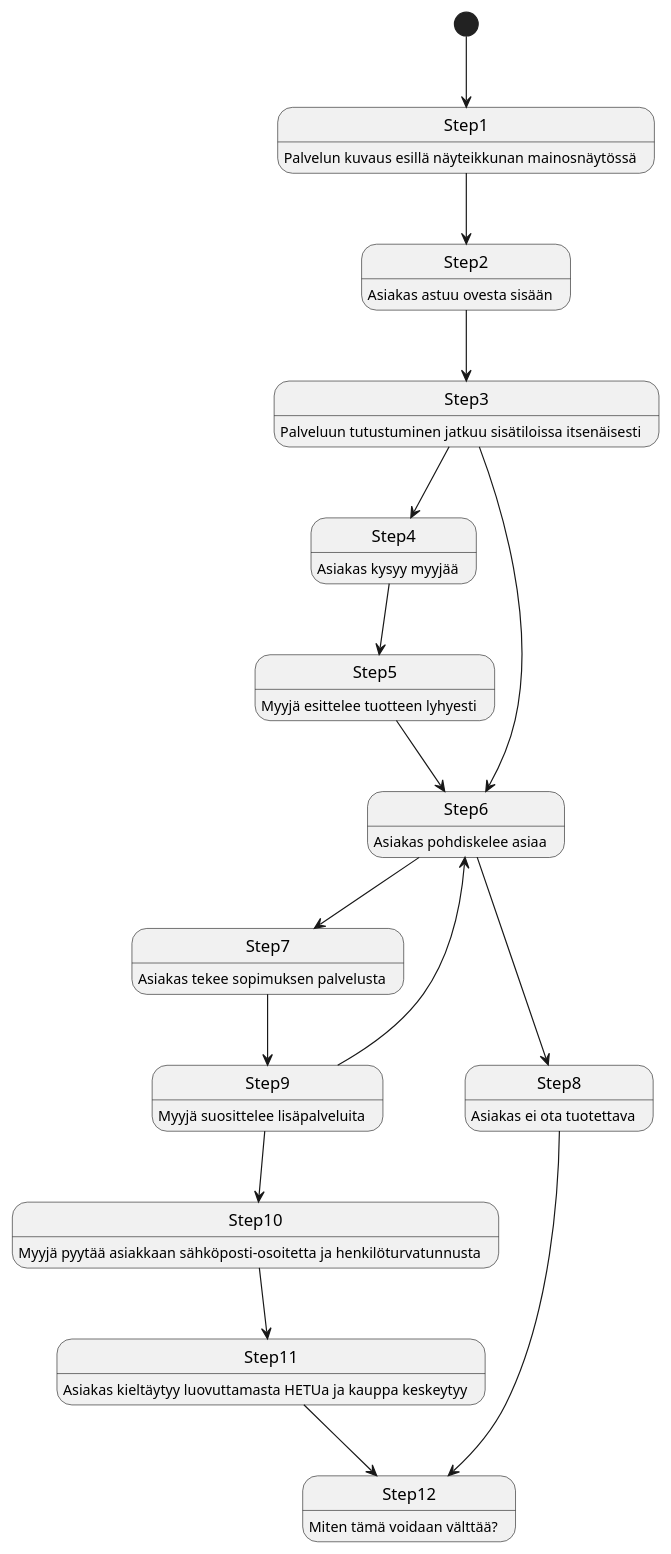
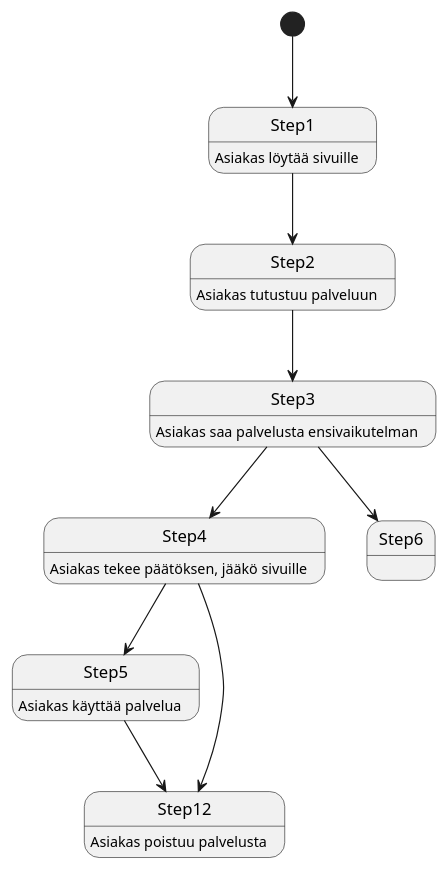
One commit to Pipe80/Projekti-ja-k-yt-neteet-kurssi changed the second of 5 diagrams in dokumentit/20-Vaatimustenhallinta/vaatimusmaaritely-tiivis.md. Above: the diagram before and after it, drawn with PlantUML.

````diff
--- a/dokumentit/20-Vaatimustenhallinta/vaatimusmaaritely-tiivis.md
+++ b/dokumentit/20-Vaatimustenhallinta/vaatimusmaaritely-tiivis.md
@@ -73,30 +73,17 @@
 ```plantuml
-Step1: Palvelun kuvaus esillä näyteikkunan mainosnäytössä 
-Step2: Asiakas astuu ovesta sisään 
-Step3: Palveluun tutustuminen jatkuu sisätiloissa itsenäisesti
-Step4: Asiakas kysyy myyjää
-Step5: Myyjä esittelee tuotteen lyhyesti
-Step6: Asiakas pohdiskelee asiaa
-Step7: Asiakas tekee sopimuksen palvelusta
-Step8: Asiakas ei ota tuotettava
-Step9: Myyjä suosittelee lisäpalveluita
-Step10: Myyjä pyytää asiakkaan sähköposti-osoitetta ja henkilöturvatunnusta
-Step11: Asiakas kieltäytyy luovuttamasta HETUa ja kauppa keskeytyy
-Step12: Miten tämä voidaan välttää?
+Step1: Asiakas löytää sivuille 
+Step2: Asiakas tutustuu palveluun
+Step3: Asiakas saa palvelusta ensivaikutelman
+Step4: Asiakas tekee päätöksen, jääkö sivuille
+Step5: Asiakas käyttää palvelua
+Step12: Asiakas poistuu palvelusta
 
 [*] --> Step1
 Step1 --> Step2
 Step2 --> Step3
 Step3 --> Step6
 Step3 --> Step4
+Step4 --> Step12
 Step4 --> Step5
-Step5 --> Step6
-Step6 --> Step7
-Step6 --> Step8
-Step9 --> Step6
-Step8 --> Step12
-Step7 --> Step9
-Step9 --> Step10
-Step10 --> Step11
-Step11 --> Step12
+Step5 --> Step12
 ```
````
